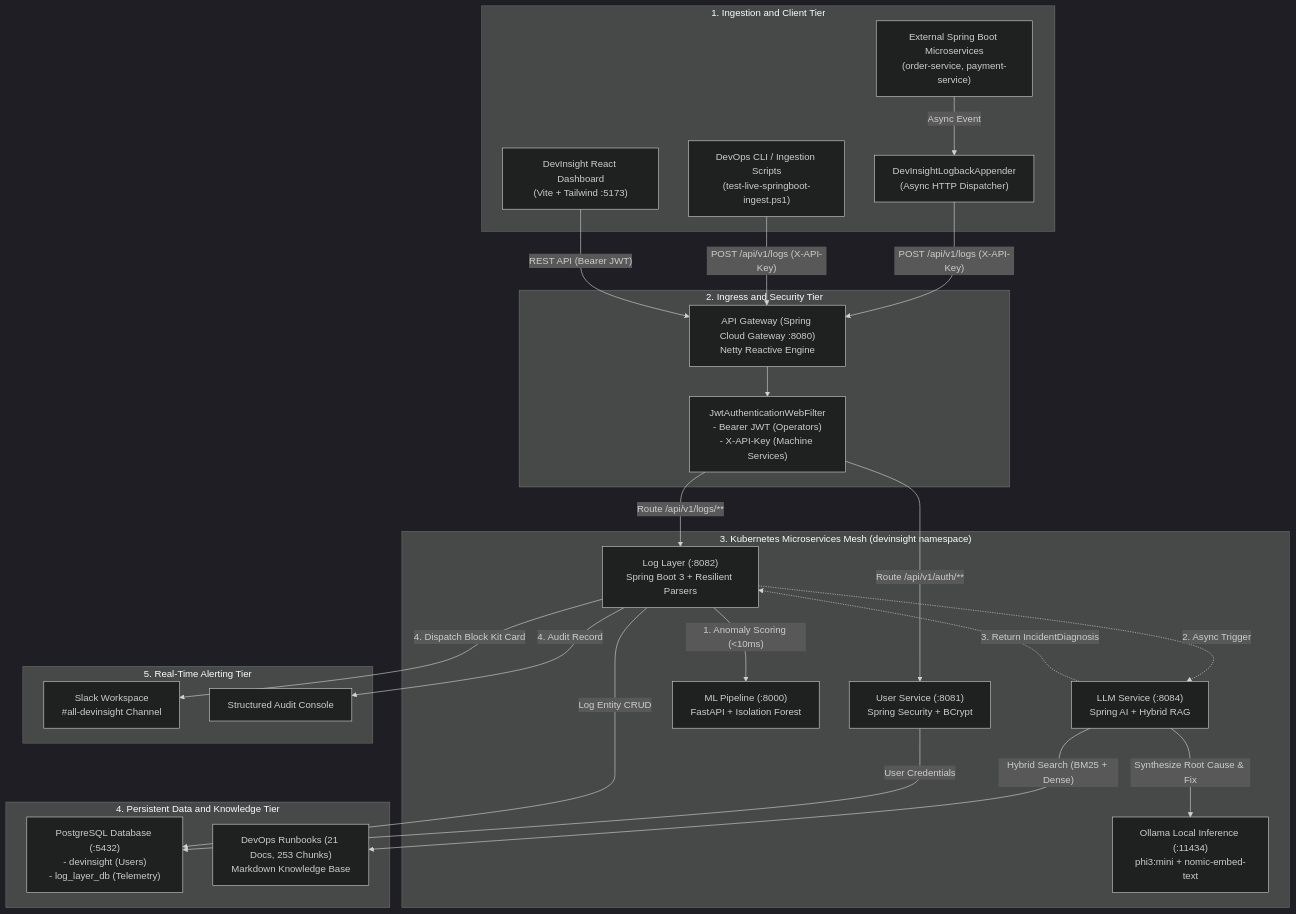
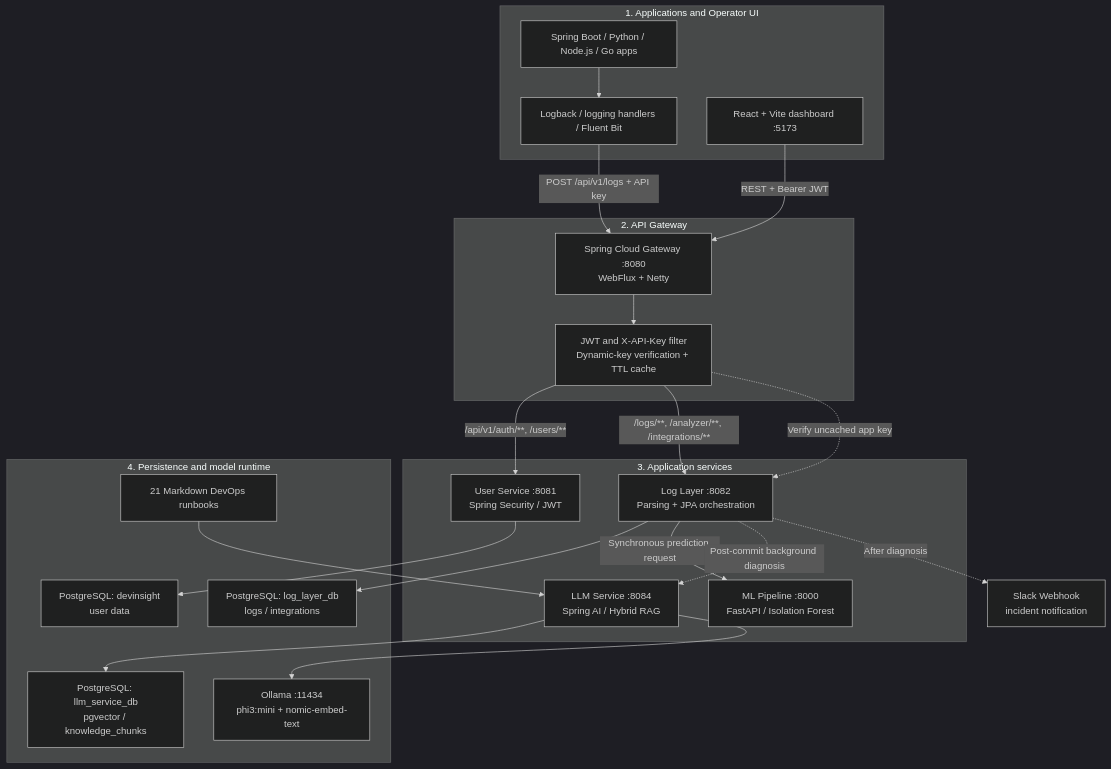
Before and after one commit to aditya26612/AI-Powered-DevOps-Log-Analyzer-Incident-Assistant: the first of 2 diagrams in README.md, drawn with Mermaid (dark theme). The commit also changed other lines of this file and 17 other files, not shown here.

````diff
--- a/README.md
+++ b/README.md
@@ -144,52 +160,45 @@
 ```mermaid
 flowchart TD
-    subgraph ClientTier ["1. Ingestion and Client Tier"]
-        SB["External Spring Boot Microservices<br/>(order-service, payment-service)"]
-        LBA["DevInsightLogbackAppender<br/>(Async HTTP Dispatcher)"]
-        CLI["DevOps CLI / Ingestion Scripts<br/>(test-live-springboot-ingest.ps1)"]
-        ReactUI["DevInsight React Dashboard<br/>(Vite + Tailwind :5173)"]
-        SB -->|"Async Event"| LBA
+    subgraph Clients["1. Applications and Operator UI"]
+      App["Spring Boot / Python / Node.js / Go apps"]
+      Collectors["Logback / logging handlers / Fluent Bit"]
+      UI["React + Vite dashboard :5173"]
+      App --> Collectors
     end
 
-    subgraph GatewayTier ["2. Ingress and Security Tier"]
-        GW["API Gateway (Spring Cloud Gateway :8080)<br/>Netty Reactive Engine"]
-        JWTFilter["JwtAuthenticationWebFilter<br/>- Bearer JWT (Operators)<br/>- X-API-Key (Machine Services)"]
-        GW --> JWTFilter
+    subgraph Ingress["2. API Gateway"]
+      GW["Spring Cloud Gateway :8080<br/>WebFlux + Netty"]
+      Auth["JWT and X-API-Key filter<br/>Dynamic-key verification + TTL cache"]
+      GW --> Auth
     end
 
-    subgraph MicroservicesTier ["3. Kubernetes Microservices Mesh (devinsight namespace)"]
-        US["User Service (:8081)<br/>Spring Security + BCrypt"]
-        LL["Log Layer (:8082)<br/>Spring Boot 3 + Resilient Parsers"]
-        MLP["ML Pipeline (:8000)<br/>FastAPI + Isolation Forest"]
-        LLMS["LLM Service (:8084)<br/>Spring AI + Hybrid RAG"]
-        OLL["Ollama Local Inference (:11434)<br/>phi3:mini + nomic-embed-text"]
+    subgraph Services["3. Application services"]
+      User["User Service :8081<br/>Spring Security / JWT"]
+      Log["Log Layer :8082<br/>Parsing + JPA orchestration"]
+      ML["ML Pipeline :8000<br/>FastAPI / Isolation Forest"]
+      LLM["LLM Service :8084<br/>Spring AI / Hybrid RAG"]
     end
 
-    subgraph DataStorageTier ["4. Persistent Data and Knowledge Tier"]
-        PG["PostgreSQL Database (:5432)<br/>- devinsight (Users)<br/>- log_layer_db (Telemetry)"]
-        RAGDocs["DevOps Runbooks (21 Docs, 253 Chunks)<br/>Markdown Knowledge Base"]
+    subgraph Persistence["4. Persistence and model runtime"]
+      PG1["PostgreSQL: devinsight<br/>user data"]
+      PG2["PostgreSQL: log_layer_db<br/>logs / integrations"]
+      PG3["PostgreSQL: llm_service_db<br/>pgvector / knowledge_chunks"]
+      Docs["21 Markdown DevOps runbooks"]
+      Ollama["Ollama :11434<br/>phi3:mini + nomic-embed-text"]
     end
 
-    subgraph AlertingTier ["5. Real-Time Alerting Tier"]
-        Slack["Slack Workspace<br/>#all-devinsight Channel"]
-        ConsoleLog["Structured Audit Console"]
-    end
-
-    LBA -->|"POST /api/v1/logs (X-API-Key)"| GW
-    CLI -->|"POST /api/v1/logs (X-API-Key)"| GW
-    ReactUI -->|"REST API (Bearer JWT)"| GW
-
-    JWTFilter -->|"Route /api/v1/auth/**"| US
-    JWTFilter -->|"Route /api/v1/logs/**"| LL
-
-    US -->|"User Credentials"| PG
-    LL -->|"Log Entity CRUD"| PG
-
-    LL -->|"1. Anomaly Scoring (<10ms)"| MLP
-    LL -.->|"2. Async Trigger"| LLMS
-    LLMS -->|"Hybrid Search (BM25 + Dense)"| RAGDocs
-    LLMS -->|"Synthesize Root Cause & Fix"| OLL
-    LLMS -.->|"3. Return IncidentDiagnosis"| LL
-    LL -->|"4. Dispatch Block Kit Card"| Slack
-    LL -->|"4. Audit Record"| ConsoleLog
+    Slack["Slack Webhook<br/>incident notification"]
+    Collectors -->|"POST /api/v1/logs + API key"| GW
+    UI -->|"REST + Bearer JWT"| GW
+    Auth -->|"/api/v1/auth/**, /users/**"| User
+    Auth -->|"/logs/**, /analyzer/**, /integrations/**"| Log
+    Auth -.->|"Verify uncached app key"| Log
+    User --> PG1
+    Log --> PG2
+    Log -->|"Synchronous prediction request"| ML
+    Log -.->|"Post-commit background diagnosis"| LLM
+    Docs --> LLM
+    LLM --> PG3
+    LLM --> Ollama
+    Log -.->|"After diagnosis"| Slack
 ```
````
